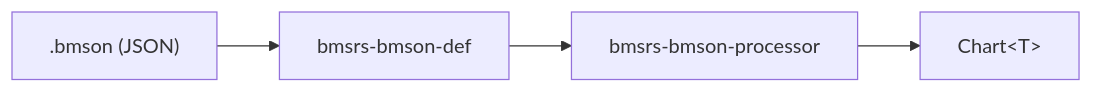
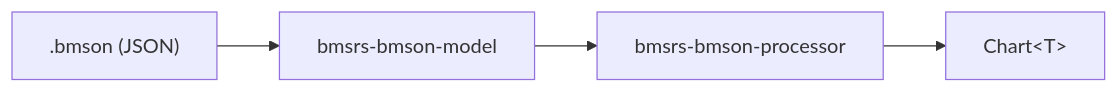
One commit to brightmeows/bmsrs changed the diagram in bmson/AGENTS.md. Above: the diagram before and after it, drawn with Mermaid. The commit also changed other lines of this file and 24 other files, not shown here.

Commit message:
refactor(bmson)!: rename bmson-def to bmson-model

````diff
--- a/bmson/AGENTS.md
+++ b/bmson/AGENTS.md
@@ -14,6 +14,6 @@
 ```mermaid
 flowchart LR
-    JSON[".bmson (JSON)"] --> Def[bmsrs-bmson-def]
+    JSON[".bmson (JSON)"] --> Def[bmsrs-bmson-model]
     Def --> Proc[bmsrs-bmson-processor]
     Proc --> Chart["Chart&lt;T&gt;"]
 ```
````
